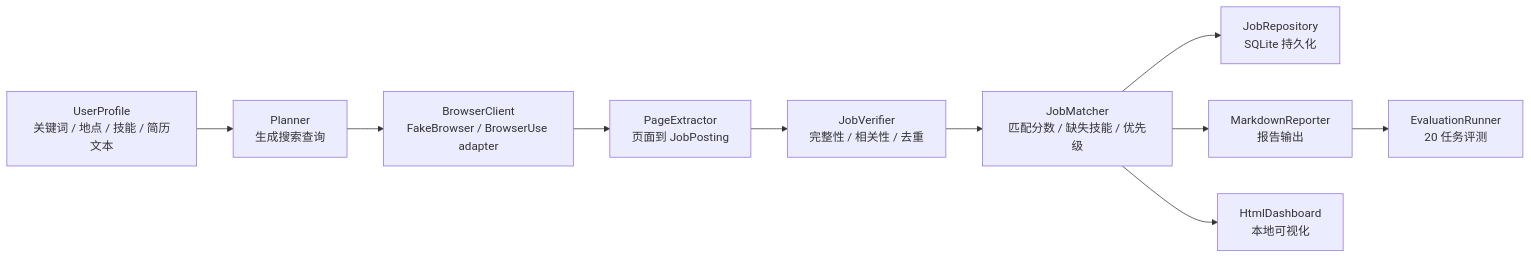
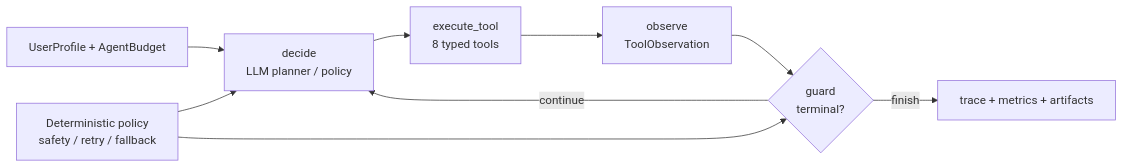
Before and after one commit to bashirmusamagaji19-debug/agentprogram: the diagram in docs/project-story.md, drawn with Mermaid. The commit also changed other lines of this file and 4 other files, not shown here.

````diff
--- a/docs/project-story.md
+++ b/docs/project-story.md
@@ -27,12 +29,11 @@
 ```mermaid
 flowchart LR
-    A["UserProfile<br/>关键词 / 地点 / 技能 / 简历文本"] --> B["Planner<br/>生成搜索查询"]
-    B --> C["BrowserClient<br/>FakeBrowser / BrowserUse adapter"]
-    C --> D["PageExtractor<br/>页面到 JobPosting"]
-    D --> E["JobVerifier<br/>完整性 / 相关性 / 去重"]
-    E --> F["JobMatcher<br/>匹配分数 / 缺失技能 / 优先级"]
-    F --> G["JobRepository<br/>SQLite 持久化"]
-    F --> H["MarkdownReporter<br/>报告输出"]
-    F --> I["HtmlDashboard<br/>本地可视化"]
-    H --> J["EvaluationRunner<br/>20 任务评测"]
+    A["UserProfile + AgentBudget"] --> B["decide<br/>LLM planner / policy"]
+    B --> C["execute_tool<br/>8 typed tools"]
+    C --> D["observe<br/>ToolObservation"]
+    D --> E{"guard<br/>terminal?"}
+    E -->|continue| B
+    E -->|finish| F["trace + metrics + artifacts"]
+    P["Deterministic policy<br/>safety / retry / fallback"] --> B
+    P --> E
 ```
````
